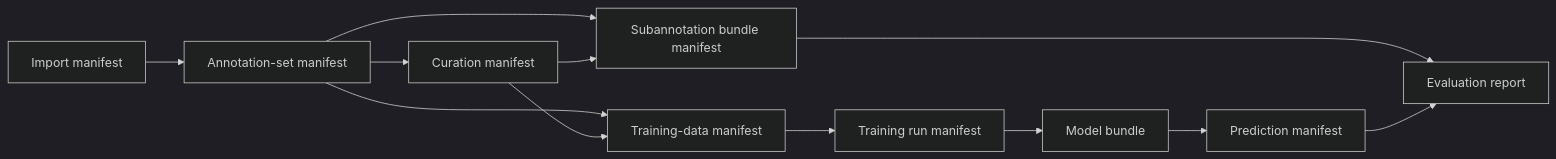
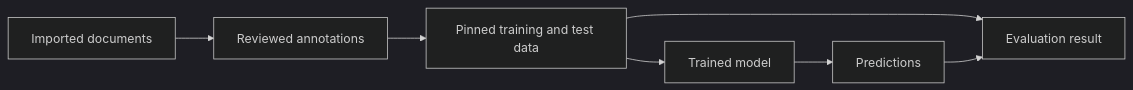
One commit to stighellemans/meddeid changed the diagram in site/docs/concepts/artifact-lineage.md. Above: the diagram before and after it, drawn with Mermaid (dark theme). The commit also changed other lines of this file and 121 other files, not shown here.

````diff
--- a/site/docs/concepts/artifact-lineage.md
+++ b/site/docs/concepts/artifact-lineage.md
@@ -42,14 +49,9 @@
 ```mermaid
 flowchart LR
-    I["Import manifest"] --> A["Annotation-set manifest"]
-    A --> C["Curation manifest"]
-    A --> S["Subannotation bundle manifest"]
-    C --> S
-    A --> T["Training-data manifest"]
-    C --> T
-    T --> R["Training run manifest"]
-    R --> M["Model bundle"]
-    M --> P["Prediction manifest"]
-    S --> E["Evaluation report"]
+    I["Imported documents"] --> A["Reviewed annotations"]
+    A --> D["Pinned training and test data"]
+    D --> M["Trained model"]
+    M --> P["Predictions"]
+    D --> E["Evaluation result"]
     P --> E
 ```
````
